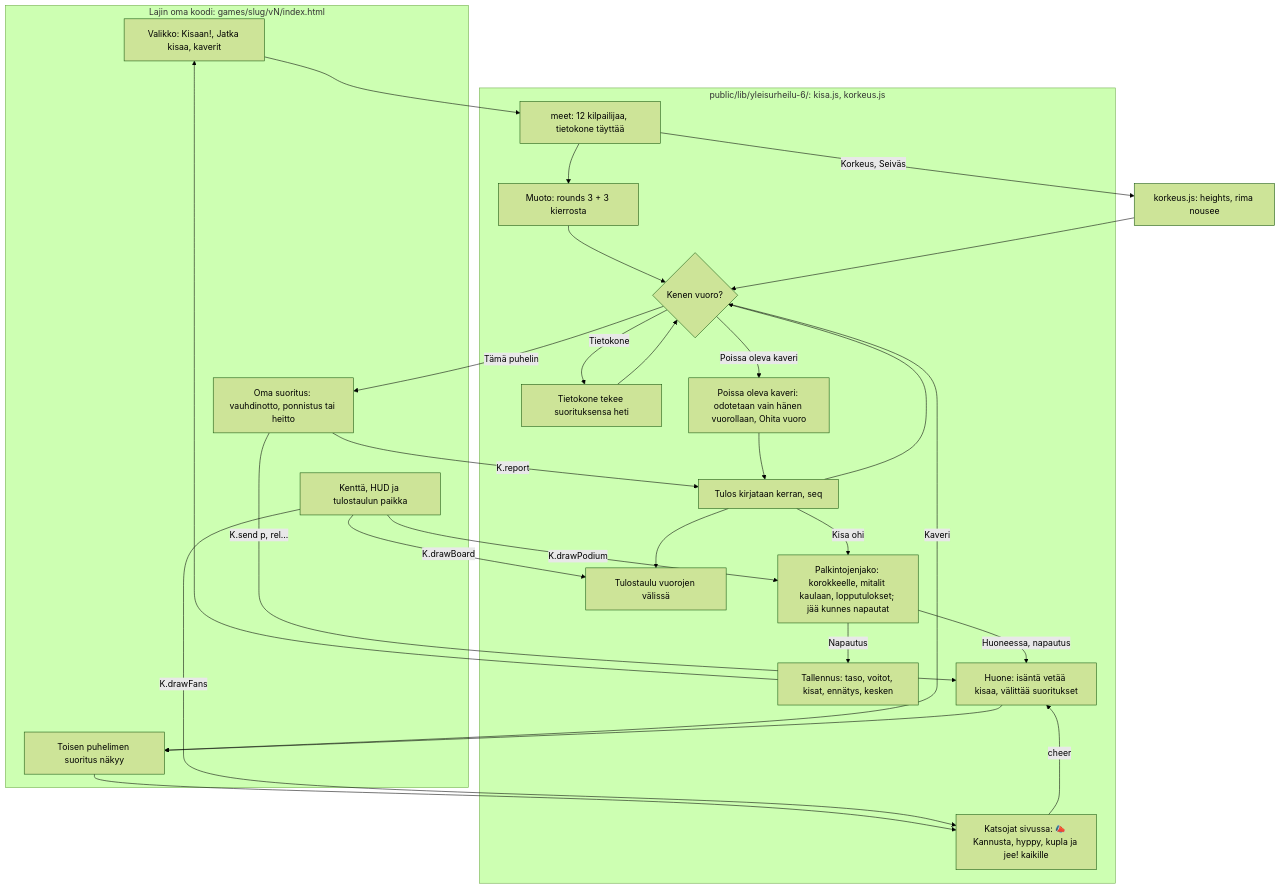
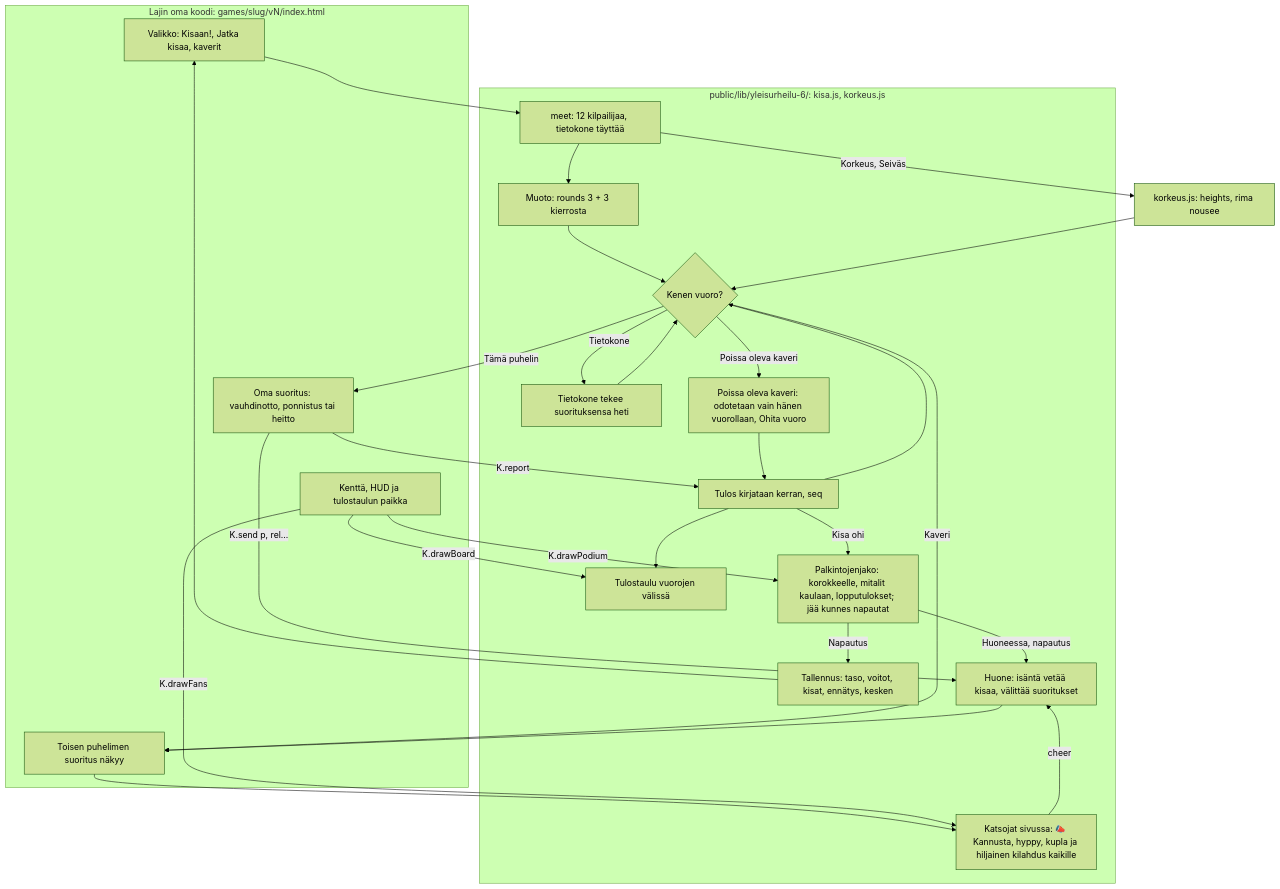
One commit to eerovil/ai-pelit changed the diagram in docs/diagrams/yleisurheilu-kirjasto.md. Above: the diagram before and after it, drawn with Mermaid (forest theme). The commit also changed other lines of this file and 30 other files, not shown here.

Commit message:
Diagrams: each game's newest version has no crowd sound, and the loop goes through LOUD (#337)

````diff
--- a/docs/diagrams/yleisurheilu-kirjasto.md
+++ b/docs/diagrams/yleisurheilu-kirjasto.md
@@ -20,46 +20,46 @@
 ```mermaid
 flowchart TD
   subgraph Peli[Lajin oma koodi: games/slug/vN/index.html]
     G1[Valikko: Kisaan!, Jatka kisaa, kaverit]
     G2[Oma suoritus: vauhdinotto, ponnistus tai heitto]
     G3[Toisen puhelimen suoritus näkyy]
     G4[Kenttä, HUD ja tulostaulun paikka]
   end
   subgraph Kirjasto[public/lib/yleisurheilu-6/: kisa.js, korkeus.js]
     K1[meet: 12 kilpailijaa, tietokone täyttää]
     K2[Muoto: rounds 3 + 3 kierrosta]
     K3{Kenen vuoro?}
     K4[Tietokone tekee suorituksensa heti]
     K5[Tulos kirjataan kerran, seq]
     K6[Tulostaulu vuorojen välissä]
     K9[Palkintojenjako: korokkeelle, mitalit kaulaan, lopputulokset; jää kunnes napautat]
     K7[Tallennus: taso, voitot, kisat, ennätys, kesken]
     K8[Huone: isäntä vetää kisaa, välittää suoritukset]
-    K10[Katsojat sivussa: 📣 Kannusta, hyppy, kupla ja jee! kaikille]
+    K10[Katsojat sivussa: 📣 Kannusta, hyppy, kupla ja hiljainen kilahdus kaikille]
     K11[Poissa oleva kaveri: odotetaan vain hänen vuorollaan, Ohita vuoro]
   end
   G1 --> K1 --> K2 --> K3
   K1 -- Korkeus, Seiväs --> H1[korkeus.js: heights, rima nousee]
   H1 --> K3
   K3 -- Tietokone --> K4 --> K3
   K3 -- Poissa oleva kaveri --> K11 --> K5
   K3 -- Tämä puhelin --> G2
   K3 -- Kaveri --> G3
   G3 --> K10
   G4 -- K.drawFans --> K10
   K10 -- cheer --> K8
   G2 -- K.report --> K5
   G2 -- K.send p, rel... --> K8 --> G3
   K5 --> K3
   K5 --> K6
   K5 -- Kisa ohi --> K9
   K9 -- Napautus --> K7 --> G1
   K9 -- Huoneessa, napautus --> K8
   G4 -- K.drawBoard --> K6
   G4 -- K.drawPodium --> K9
   class G1,G2,G4 blue
   class G3,K8,K10,K11 violet
   class K3 amber
   class K1,K2,K4,K5,H1 teal
   class K6,K7,K9 green
 ```
````
